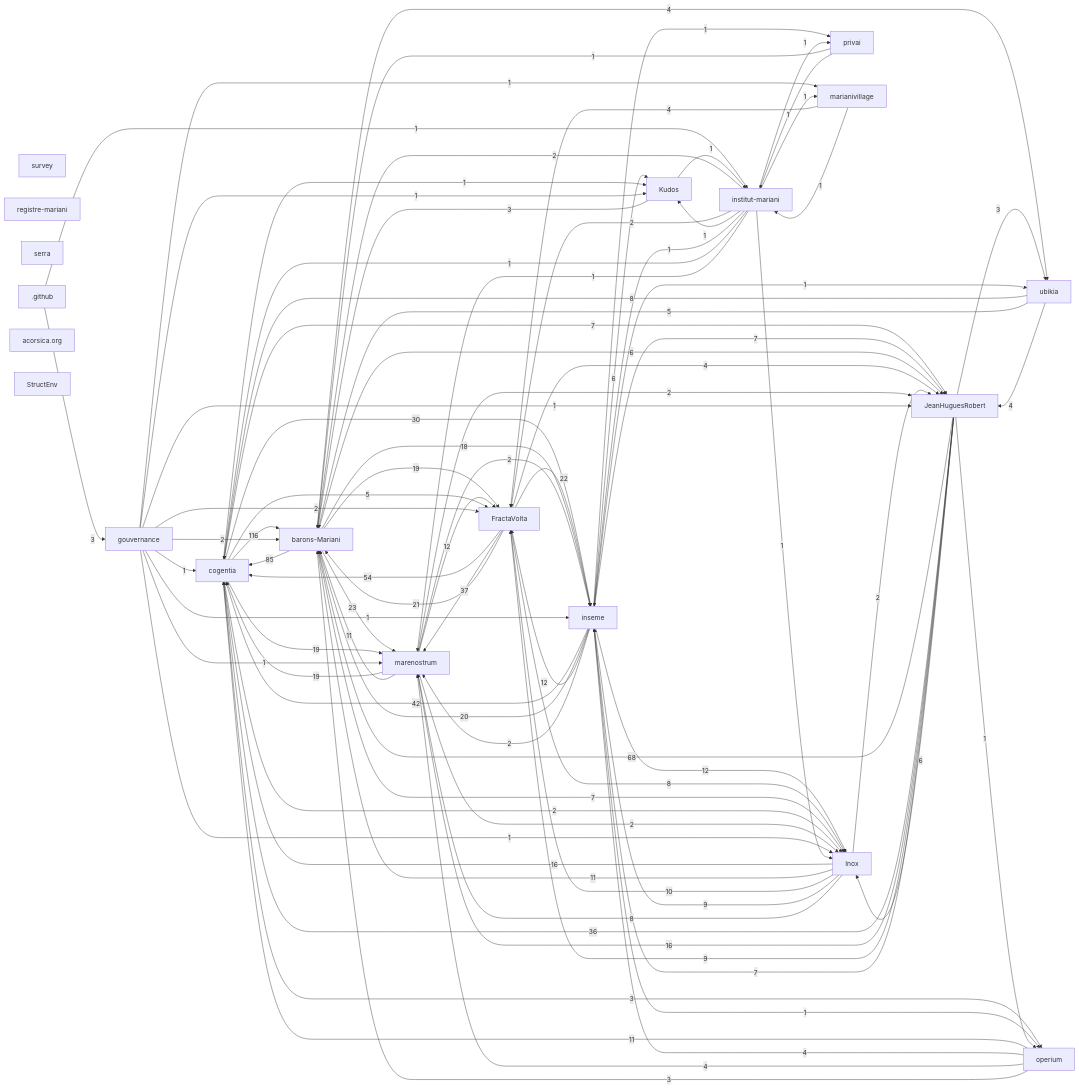
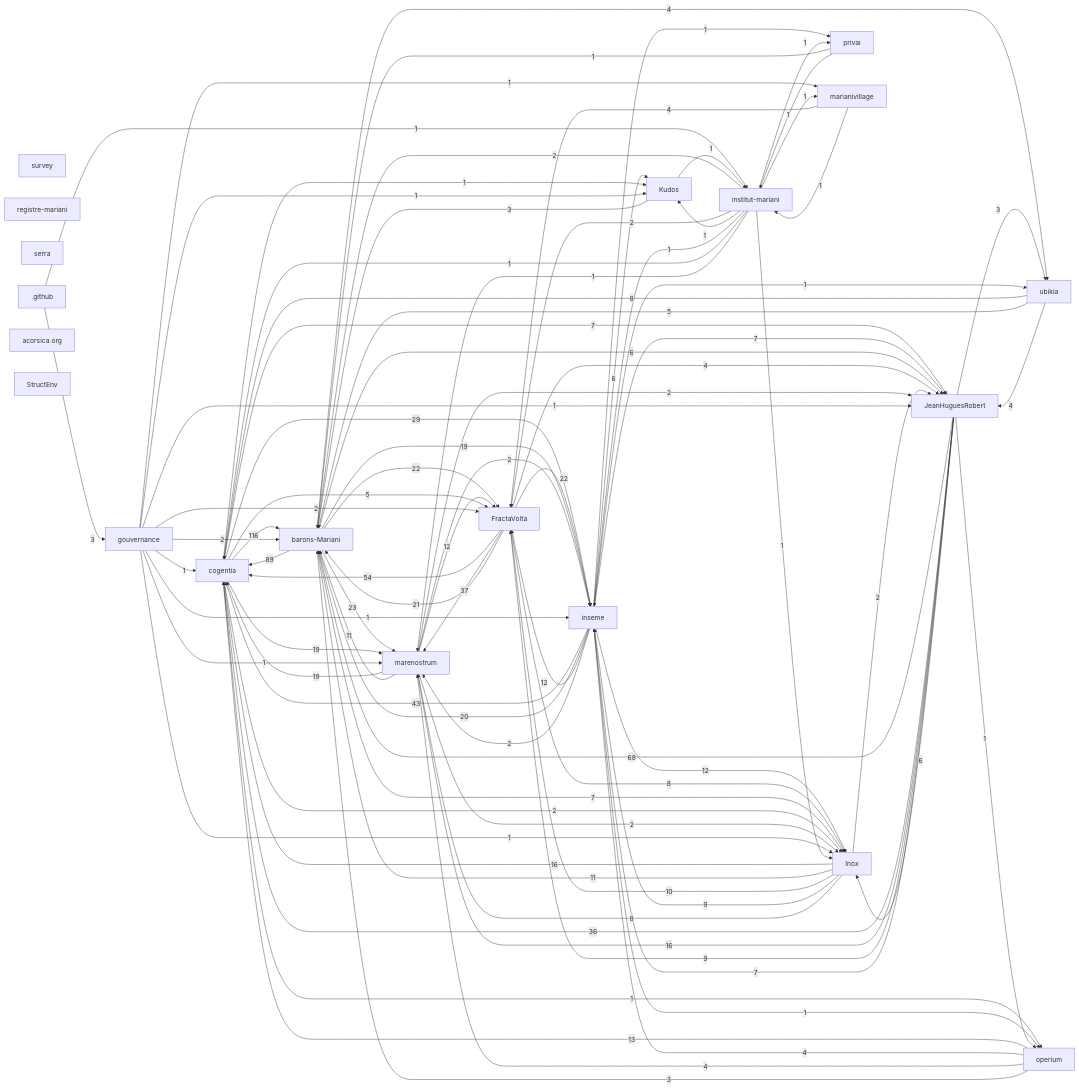
One commit to acorsica/acorsica.org changed the first of 2 diagrams in research/corpus-status.md. Above: the diagram before and after it, drawn with Mermaid.

Commit message:
cogentia consolidate: corpus converge fixed-point pass

```diff
--- a/research/corpus-status.md
+++ b/research/corpus-status.md
@@ -57,29 +57,29 @@
   r_acorsica_org["acorsica.org"]
   r_structenv["StructEnv"]
   r_cogentia -->|116| r_barons_mariani
-  r_barons_mariani -->|85| r_cogentia
+  r_barons_mariani -->|89| r_cogentia
   r_jeanhuguesrobert -->|68| r_barons_mariani
   r_fractavolta -->|54| r_cogentia
-  r_inseme -->|42| r_cogentia
+  r_inseme -->|43| r_cogentia
   r_fractavolta -->|37| r_marenostrum
   r_jeanhuguesrobert -->|36| r_cogentia
-  r_cogentia -->|30| r_inseme
+  r_cogentia -->|29| r_inseme
   r_barons_mariani -->|23| r_marenostrum
+  r_barons_mariani -->|22| r_fractavolta
   r_fractavolta -->|22| r_inseme
   r_fractavolta -->|21| r_barons_mariani
   r_inseme -->|20| r_barons_mariani
-  r_barons_mariani -->|19| r_fractavolta
+  r_barons_mariani -->|19| r_inseme
   r_cogentia -->|19| r_marenostrum
   r_marenostrum -->|19| r_cogentia
-  r_barons_mariani -->|18| r_inseme
   r_inox -->|16| r_cogentia
   r_jeanhuguesrobert -->|16| r_marenostrum
+  r_operium -->|13| r_cogentia
   r_inseme -->|12| r_fractavolta
   r_inseme -->|12| r_inox
   r_marenostrum -->|12| r_fractavolta
   r_inox -->|11| r_barons_mariani
   r_marenostrum -->|11| r_barons_mariani
-  r_operium -->|11| r_cogentia
   r_inox -->|10| r_fractavolta
   r_inox -->|9| r_inseme
   r_jeanhuguesrobert -->|9| r_fractavolta
@@ -102,7 +102,6 @@
   r_operium -->|4| r_marenostrum
   r_ubikia -->|4| r_jeanhuguesrobert
   r_github -->|3| r_gouvernance
-  r_cogentia -->|3| r_operium
   r_jeanhuguesrobert -->|3| r_ubikia
   r_kudos -->|3| r_barons_mariani
   r_operium -->|3| r_barons_mariani
@@ -117,6 +116,7 @@
   r_marenostrum -->|2| r_inseme
   r_marenostrum -->|2| r_inox
   r_github -->|1| r_institut_mariani
+  r_cogentia -->|1| r_operium
   r_cogentia -->|1| r_kudos
   r_gouvernance -->|1| r_jeanhuguesrobert
   r_gouvernance -->|1| r_cogentia
```
